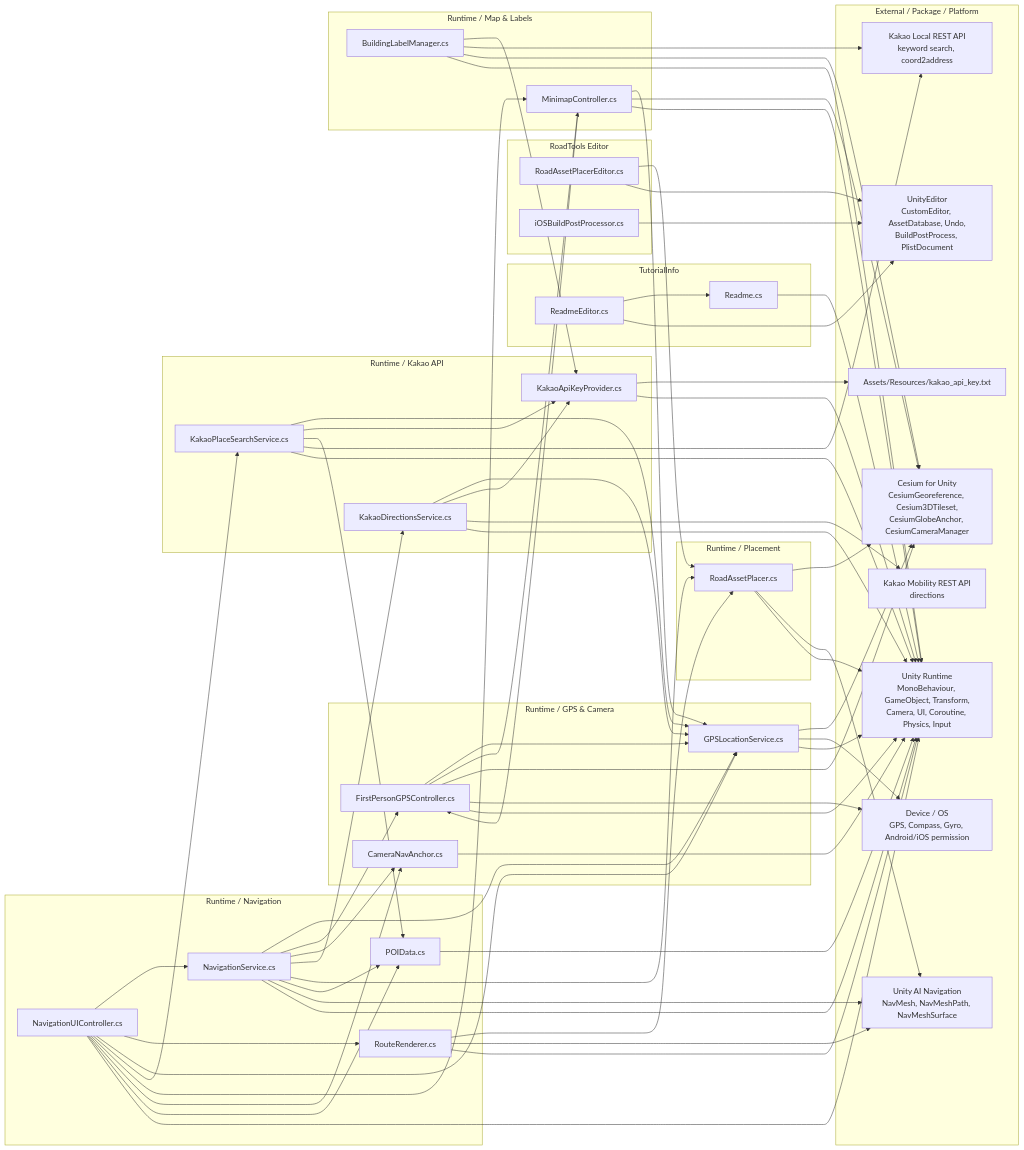
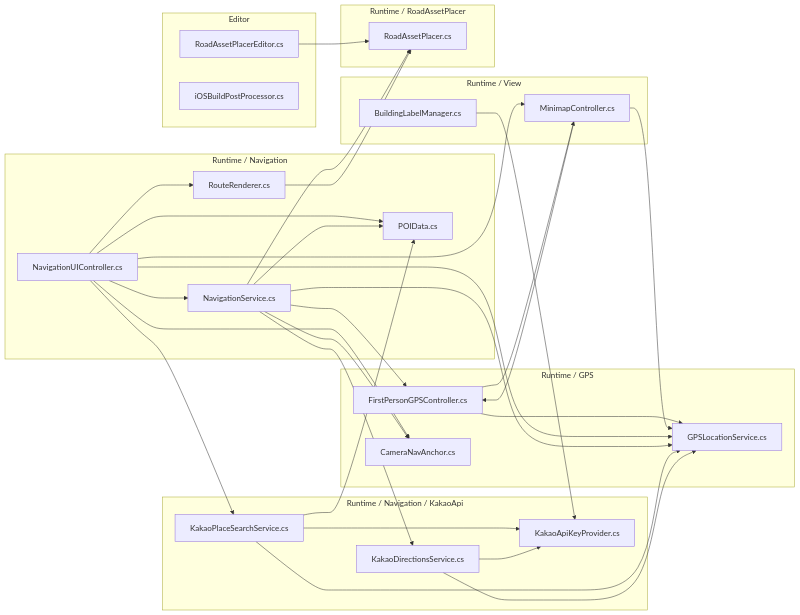
Before and after one commit to rugem33/3D_Digital_twin: the diagram in PIPELINE_OVERVIEW.md, drawn with Mermaid. The commit also changed other lines of this file, not shown here.

````diff
--- a/PIPELINE_OVERVIEW.md
+++ b/PIPELINE_OVERVIEW.md
@@ -1862,73 +1862,45 @@
 ```mermaid
 flowchart LR
-    subgraph Tutorial["TutorialInfo"]
-        Readme["Readme.cs"]
-        ReadmeEditor["ReadmeEditor.cs"]
-    end
-
-    subgraph Editor["RoadTools Editor"]
+    subgraph Editor["Editor"]
         RoadAssetPlacerEditor["RoadAssetPlacerEditor.cs"]
         IOSBuildPostProcessor["iOSBuildPostProcessor.cs"]
     end
 
-    subgraph RuntimeGPS["Runtime / GPS & Camera"]
+    subgraph GPS["Runtime / GPS"]
         GPSLocationService["GPSLocationService.cs"]
         FirstPersonGPSController["FirstPersonGPSController.cs"]
         CameraNavAnchor["CameraNavAnchor.cs"]
     end
 
-    subgraph RuntimeNavigation["Runtime / Navigation"]
+    subgraph Navigation["Runtime / Navigation"]
         NavigationUIController["NavigationUIController.cs"]
         NavigationService["NavigationService.cs"]
         RouteRenderer["RouteRenderer.cs"]
         POIData["POIData.cs"]
     end
 
-    subgraph RuntimeKakao["Runtime / Kakao API"]
+    subgraph Kakao["Runtime / Navigation / KakaoApi"]
         KakaoPlaceSearchService["KakaoPlaceSearchService.cs"]
         KakaoDirectionsService["KakaoDirectionsService.cs"]
         KakaoApiKeyProvider["KakaoApiKeyProvider.cs"]
     end
 
-    subgraph RuntimeView["Runtime / Map & Labels"]
+    subgraph View["Runtime / View"]
         MinimapController["MinimapController.cs"]
         BuildingLabelManager["BuildingLabelManager.cs"]
     end
 
-    subgraph RuntimePlacement["Runtime / Placement"]
+    subgraph Placement["Runtime / RoadAssetPlacer"]
         RoadAssetPlacer["RoadAssetPlacer.cs"]
     end
 
-    subgraph External["External / Package / Platform"]
-        UnityRuntime["Unity Runtime\nMonoBehaviour, GameObject, Transform,\nCamera, UI, Coroutine, Physics, Input"]
-        UnityEditorAPI["UnityEditor\nCustomEditor, AssetDatabase, Undo,\nBuildPostProcess, PlistDocument"]
-        UnityNavMesh["Unity AI Navigation\nNavMesh, NavMeshPath, NavMeshSurface"]
-        CesiumUnity["Cesium for Unity\nCesiumGeoreference, Cesium3DTileset,\nCesiumGlobeAnchor, CesiumCameraManager"]
-        KakaoLocalAPI["Kakao Local REST API\nkeyword search, coord2address"]
-        KakaoMobilityAPI["Kakao Mobility REST API\ndirections"]
-        DeviceOS["Device / OS\nGPS, Compass, Gyro, Android/iOS permission"]
-        ResourcesFile["Assets/Resources/kakao_api_key.txt"]
-    end
-
-    ReadmeEditor --> Readme
-    ReadmeEditor --> UnityEditorAPI
-    Readme --> UnityRuntime
-
     RoadAssetPlacerEditor --> RoadAssetPlacer
-    RoadAssetPlacerEditor --> UnityEditorAPI
-    IOSBuildPostProcessor --> UnityEditorAPI
-
-    GPSLocationService --> CesiumUnity
-    GPSLocationService --> DeviceOS
-    GPSLocationService --> UnityRuntime
 
     FirstPersonGPSController --> GPSLocationService
     FirstPersonGPSController --> MinimapController
-    FirstPersonGPSController --> CesiumUnity
-    FirstPersonGPSController --> DeviceOS
-    FirstPersonGPSController --> UnityRuntime
 
-    CameraNavAnchor --> UnityRuntime
+    MinimapController --> GPSLocationService
+    MinimapController --> FirstPersonGPSController
 
     NavigationUIController --> NavigationService
     NavigationUIController --> RouteRenderer
@@ -1937,7 +1909,6 @@
     NavigationUIController --> MinimapController
     NavigationUIController --> CameraNavAnchor
     NavigationUIController --> POIData
-    NavigationUIController --> UnityRuntime
 
     NavigationService --> GPSLocationService
     NavigationService --> FirstPersonGPSController
@@ -1945,40 +1916,15 @@
     NavigationService --> KakaoDirectionsService
     NavigationService --> RoadAssetPlacer
     NavigationService --> POIData
-    NavigationService --> UnityNavMesh
-    NavigationService --> UnityRuntime
 
     RouteRenderer --> RoadAssetPlacer
-    RouteRenderer --> UnityNavMesh
-    RouteRenderer --> UnityRuntime
-
-    POIData --> UnityRuntime
 
     KakaoPlaceSearchService --> GPSLocationService
     KakaoPlaceSearchService --> KakaoApiKeyProvider
     KakaoPlaceSearchService --> POIData
-    KakaoPlaceSearchService --> KakaoLocalAPI
-    KakaoPlaceSearchService --> UnityRuntime
 
     KakaoDirectionsService --> GPSLocationService
     KakaoDirectionsService --> KakaoApiKeyProvider
-    KakaoDirectionsService --> KakaoMobilityAPI
-    KakaoDirectionsService --> UnityRuntime
-
-    KakaoApiKeyProvider --> ResourcesFile
-    KakaoApiKeyProvider --> UnityRuntime
-
-    MinimapController --> GPSLocationService
-    MinimapController --> FirstPersonGPSController
-    MinimapController --> CesiumUnity
-    MinimapController --> UnityRuntime
 
     BuildingLabelManager --> KakaoApiKeyProvider
-    BuildingLabelManager --> KakaoLocalAPI
-    BuildingLabelManager --> CesiumUnity
-    BuildingLabelManager --> UnityRuntime
-
-    RoadAssetPlacer --> CesiumUnity
-    RoadAssetPlacer --> UnityNavMesh
-    RoadAssetPlacer --> UnityRuntime
 ```
````
